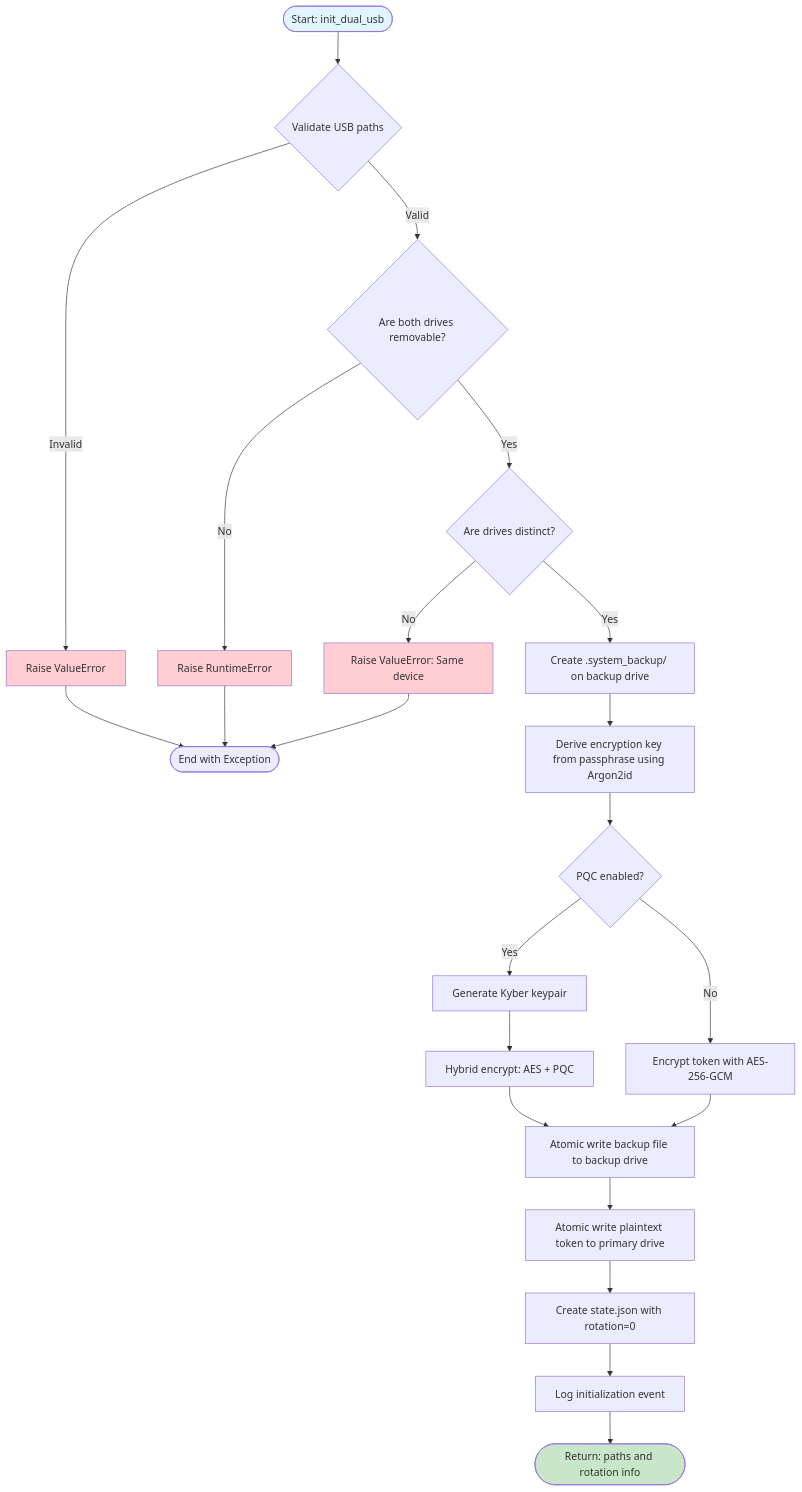
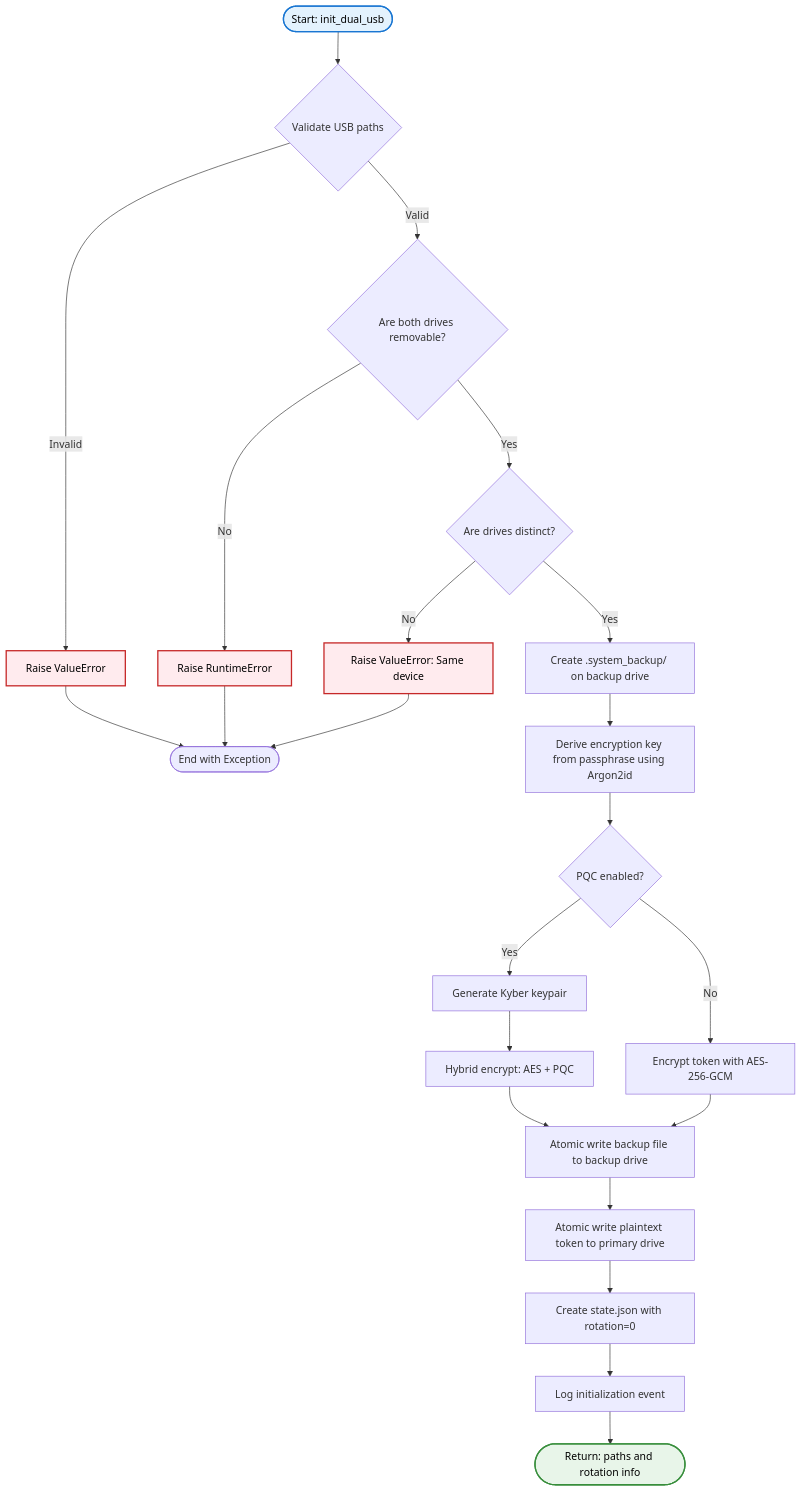
Before and after one commit to Johnsonajibi/PostQuantum-DualUSB-Token-Library: the fourth of 13 diagrams in README.md, drawn with Mermaid. The commit also changed other lines of this file, not shown here.

First line of the commit message:
docs: Improve color contrast in all Mermaid diagrams

````diff
--- a/README.md
+++ b/README.md
@@ -347,37 +347,37 @@
 ```mermaid
 flowchart TD
     Start([Start: init_dual_usb]) --> ValidatePaths{Validate USB paths}
     ValidatePaths -->|Invalid| Error1[Raise ValueError]
     ValidatePaths -->|Valid| CheckRemovable{Are both drives removable?}
     
     CheckRemovable -->|No| Error2[Raise RuntimeError]
     CheckRemovable -->|Yes| CheckDistinct{Are drives distinct?}
     
     CheckDistinct -->|No| Error3[Raise ValueError: Same device]
     CheckDistinct -->|Yes| CreateBackupDir[Create .system_backup/ on backup drive]
     
     CreateBackupDir --> DeriveKey[Derive encryption key from passphrase using Argon2id]
     DeriveKey --> GenPQCKeys{PQC enabled?}
     
     GenPQCKeys -->|Yes| GenerateKEM[Generate Kyber keypair]
     GenPQCKeys -->|No| EncryptToken[Encrypt token with AES-256-GCM]
     GenerateKEM --> HybridEncrypt[Hybrid encrypt: AES + PQC]
     
     HybridEncrypt --> WriteBackup[Atomic write backup file to backup drive]
     EncryptToken --> WriteBackup
     
     WriteBackup --> WriteToken[Atomic write plaintext token to primary drive]
     WriteToken --> CreateState[Create state.json with rotation=0]
     CreateState --> AuditLog[Log initialization event]
     AuditLog --> Success([Return: paths and rotation info])
     
     Error1 --> End([End with Exception])
     Error2 --> End
     Error3 --> End
     
-    style Start fill:#e1f5ff
-    style Success fill:#c8e6c9
-    style Error1 fill:#ffcdd2
-    style Error2 fill:#ffcdd2
-    style Error3 fill:#ffcdd2
+    style Start fill:#e3f2fd,stroke:#1976d2,stroke-width:2px,color:#000
+    style Success fill:#e8f5e9,stroke:#388e3c,stroke-width:2px,color:#000
+    style Error1 fill:#ffebee,stroke:#c62828,stroke-width:2px,color:#000
+    style Error2 fill:#ffebee,stroke:#c62828,stroke-width:2px,color:#000
+    style Error3 fill:#ffebee,stroke:#c62828,stroke-width:2px,color:#000
 ```
````
